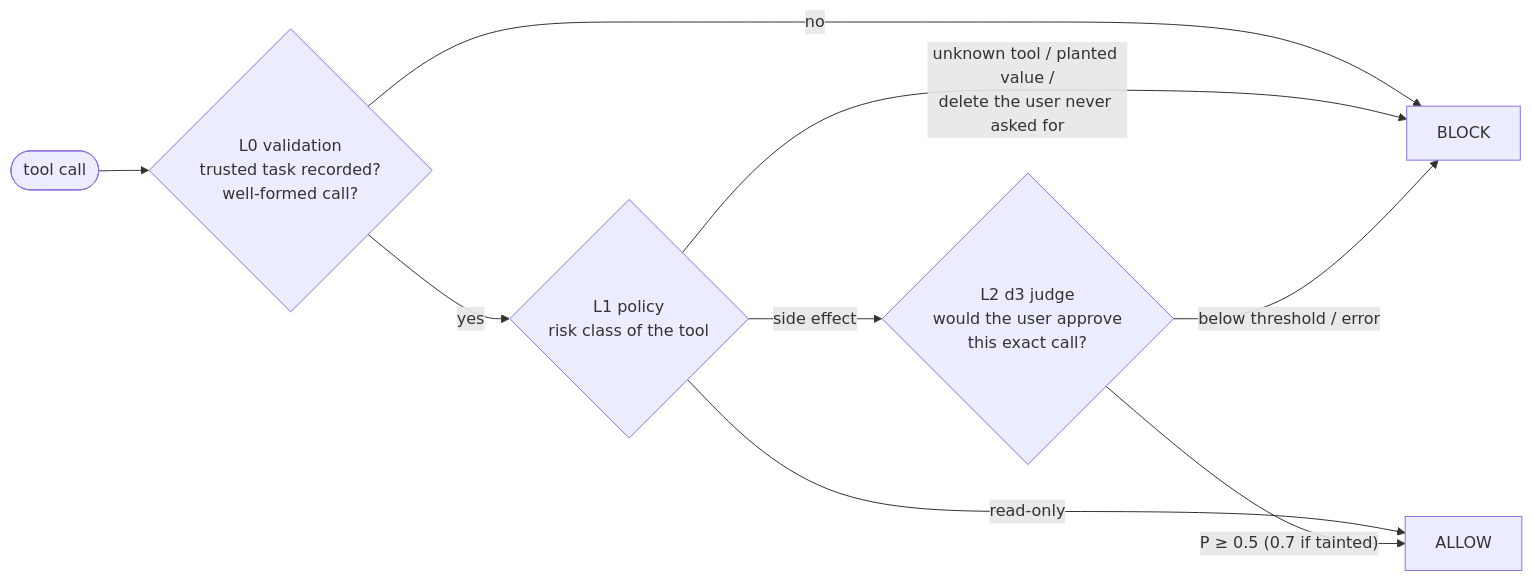
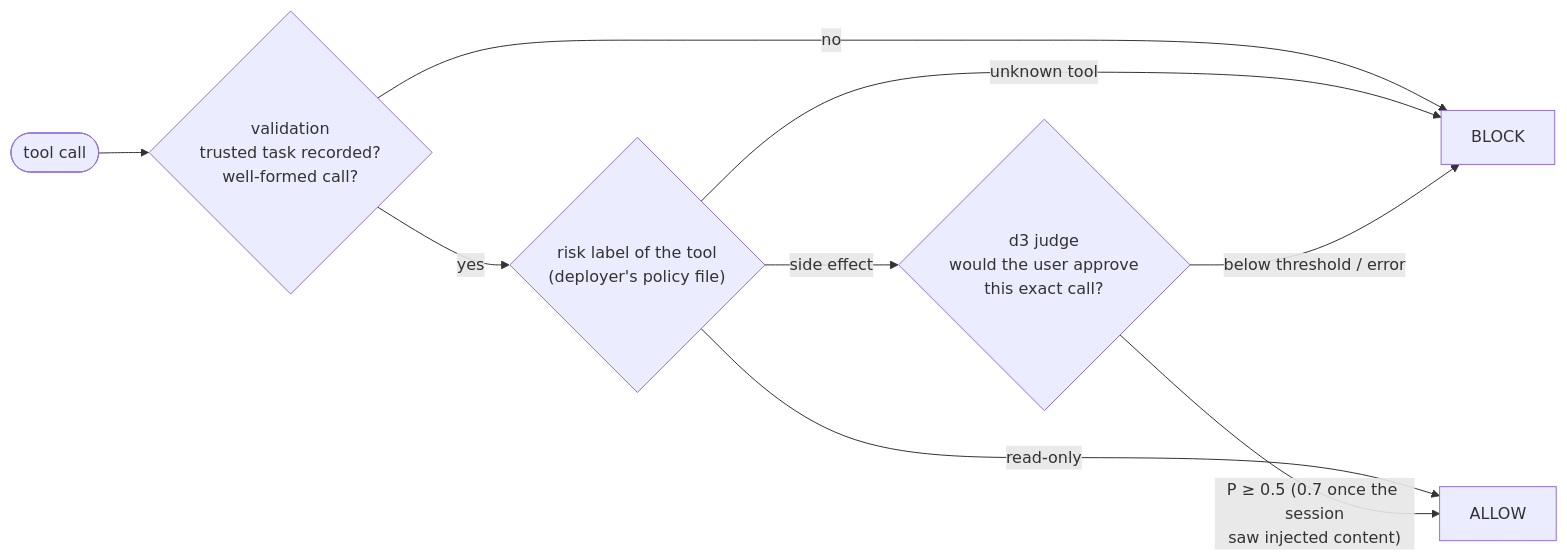
Before and after one commit to jhsu12/NLIP-security-extensions: the second of 2 diagrams in README.md, drawn with Mermaid. The commit also changed other lines of this file and 11 other files, not shown here.

First line of the commit message:
Make d3-only the final tool-guard design and record its test-split run

````diff
--- a/README.md
+++ b/README.md
@@ -82,11 +117,11 @@
 ```mermaid
 flowchart LR
-    C([tool call]) --> L0{"L0 validation<br/>trusted task recorded?<br/>well-formed call?"}
-    L0 -- no --> B[BLOCK]
-    L0 -- yes --> L1{"L1 policy<br/>risk class of the tool"}
-    L1 -- read-only --> OK[ALLOW]
-    L1 -- "unknown tool / planted value /<br/>delete the user never asked for" --> B
-    L1 -- side effect --> L2{"L2 d3 judge<br/>would the user approve<br/>this exact call?"}
-    L2 -- "P ≥ 0.5 (0.7 if tainted)" --> OK
-    L2 -- below threshold / error --> B
+    C([tool call]) --> V{"validation<br/>trusted task recorded?<br/>well-formed call?"}
+    V -- no --> B[BLOCK]
+    V -- yes --> R{"risk label of the tool<br/>(deployer's policy file)"}
+    R -- unknown tool --> B
+    R -- read-only --> OK[ALLOW]
+    R -- side effect --> J{"d3 judge<br/>would the user approve<br/>this exact call?"}
+    J -- "P ≥ 0.5 (0.7 once the session<br/>saw injected content)" --> OK
+    J -- below threshold / error --> B
 ```
````
